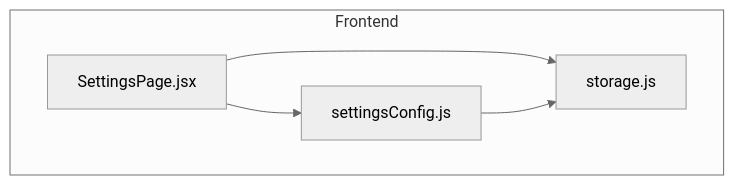
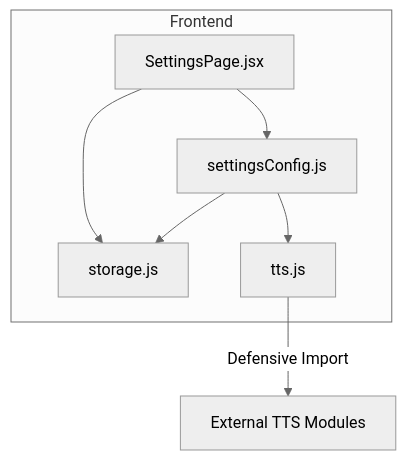
The first of 5 diagrams in .qoder/repowiki/en/content/Utility Libraries/Settings Configuration.md (zmyeo54/briefroom), drawn with Mermaid (neutral theme) before and after one commit. The commit also changed other lines of this file and 7 other files, not shown here.

````diff
--- a/.qoder/repowiki/en/content/Utility Libraries/Settings Configuration.md
+++ b/.qoder/repowiki/en/content/Utility Libraries/Settings Configuration.md
@@ -31,11 +40,14 @@
 ```mermaid
 graph TB
 subgraph "Frontend"
 SP["SettingsPage.jsx"]
 SC["settingsConfig.js"]
 ST["storage.js"]
+TT["tts.js"]
 end
 SP --> SC
 SP --> ST
 SC --> ST
+SC --> TT
+TT --> |Defensive Import| External["External TTS Modules"]
 ```
````
